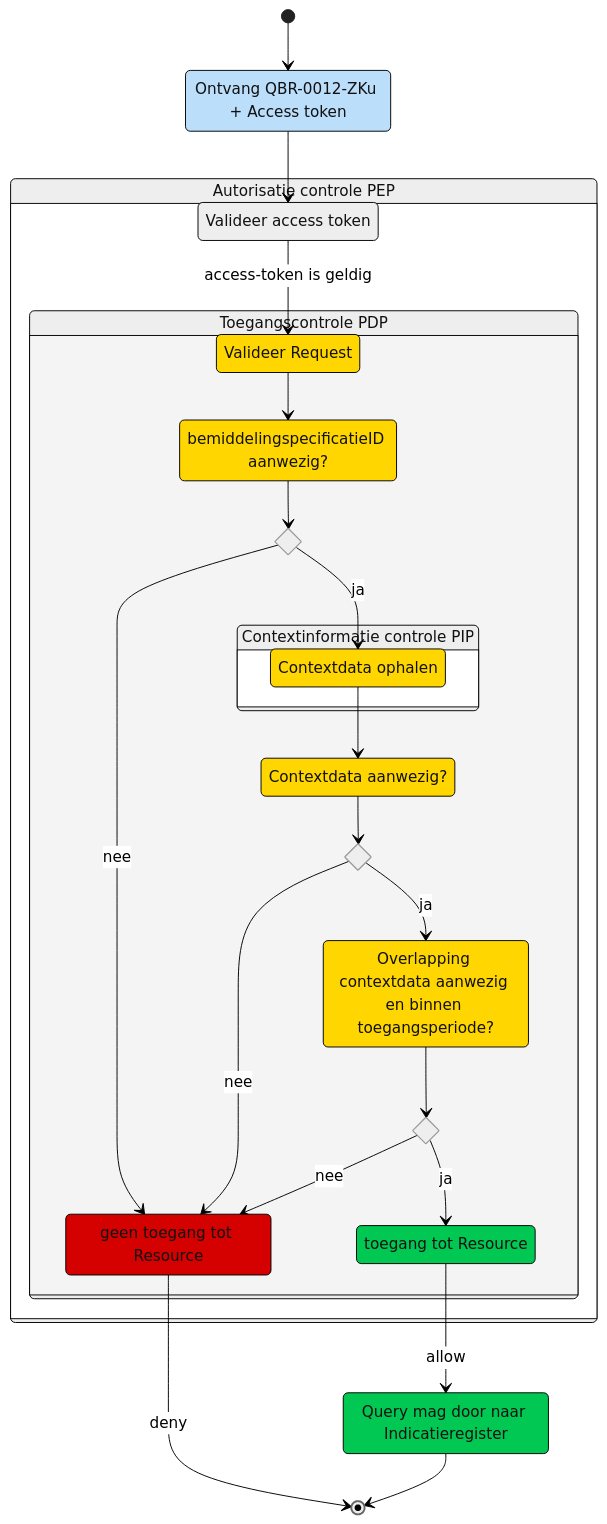
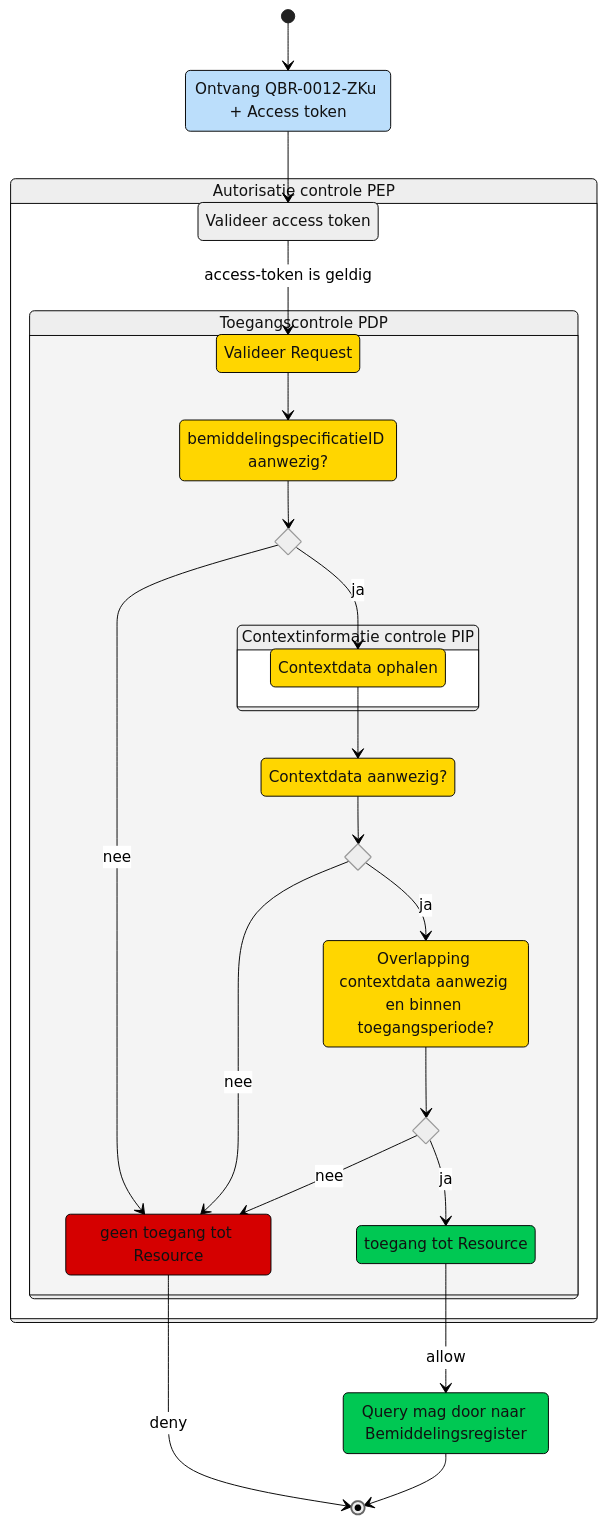
Before and after one commit to iStandaarden/iWlz-bemiddeling: the diagram in raadplegen/zorgkantoor/UCBR-0012-toegangscontrole.md, drawn with Mermaid. The commit also changed other lines of this file and 2 other files, not shown here.

Commit message:
query regiehouder toegevoegd

````diff
--- a/raadplegen/zorgkantoor/UCBR-0012-toegangscontrole.md
+++ b/raadplegen/zorgkantoor/UCBR-0012-toegangscontrole.md
@@ -111,64 +114,64 @@
 ```mermaid
 ---
 config:
   theme: neutral
   look: classic
 ---
 stateDiagram
   direction TB
   [*] -->  indienen
   indienen --> validerenT
   state PEP {
     direction TB
 
     validerenT --> validerenR: access-token is geldig
     state PDP {
     validerenR --> checkInput01
     state check01 <<choice>>
     checkInput01 --> check01
 
     check01 --> checkInput02:ja
     check01 --> error:nee
     state PIP {
         checkInput02 --> checkInput03
         }
     state check02 <<choice>>
     state check03 <<choice>>
     
     checkInput03 --> check02
         
         check02 --> error:nee
         check02 --> checkOVerlap:ja           
     checkOVerlap --> check03
     check03 --> access:ja
     check03 --> error:nee
     checkInput03
     error
     access
     }
 
   }
 
   error --> [*]: deny
   access --> resource: allow
   resource --> [*]
   
   PEP:Autorisatie controle PEP
   PDP:Toegangscontrole PDP
   PIP:Contextinformatie controle PIP
   indienen: Ontvang QBR-0012-ZKu + Access token
   validerenT: Valideer access token
   validerenR: Valideer Request
   checkInput01:bemiddelingspecificatieID aanwezig?
   checkInput02:Contextdata ophalen
   checkInput03:Contextdata aanwezig?
   checkOVerlap:Overlapping contextdata aanwezig en binnen toegangsperiode?
   error:geen toegang tot Resource
 
   access:toegang tot Resource
-  resource: Query mag door naar Indicatieregister
+  resource: Query mag door naar Bemiddelingsregister
   style validerenR,checkInput01,checkInput02,checkInput03,checkOVerlap fill:#FFD600
   style error fill:#D50000
   style access,Query,resource fill:#00C853
   style indienen fill:#BBDEFB,color:none
 ```
````
